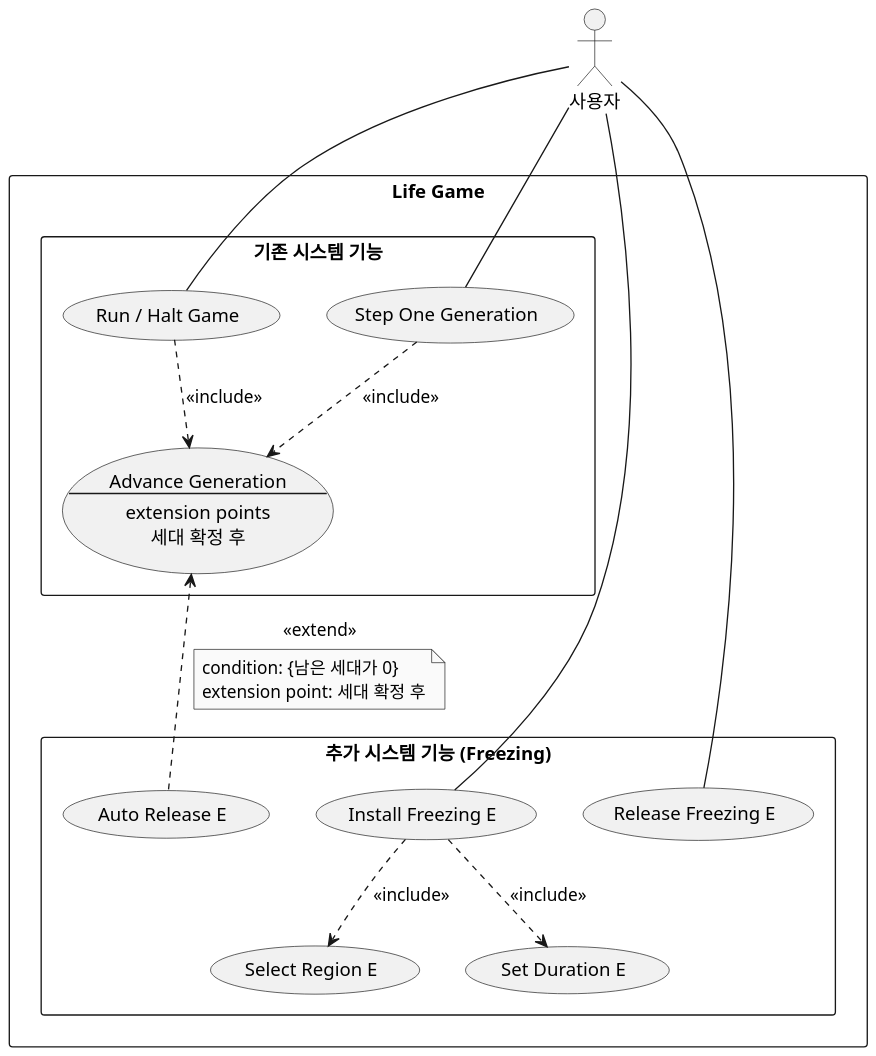
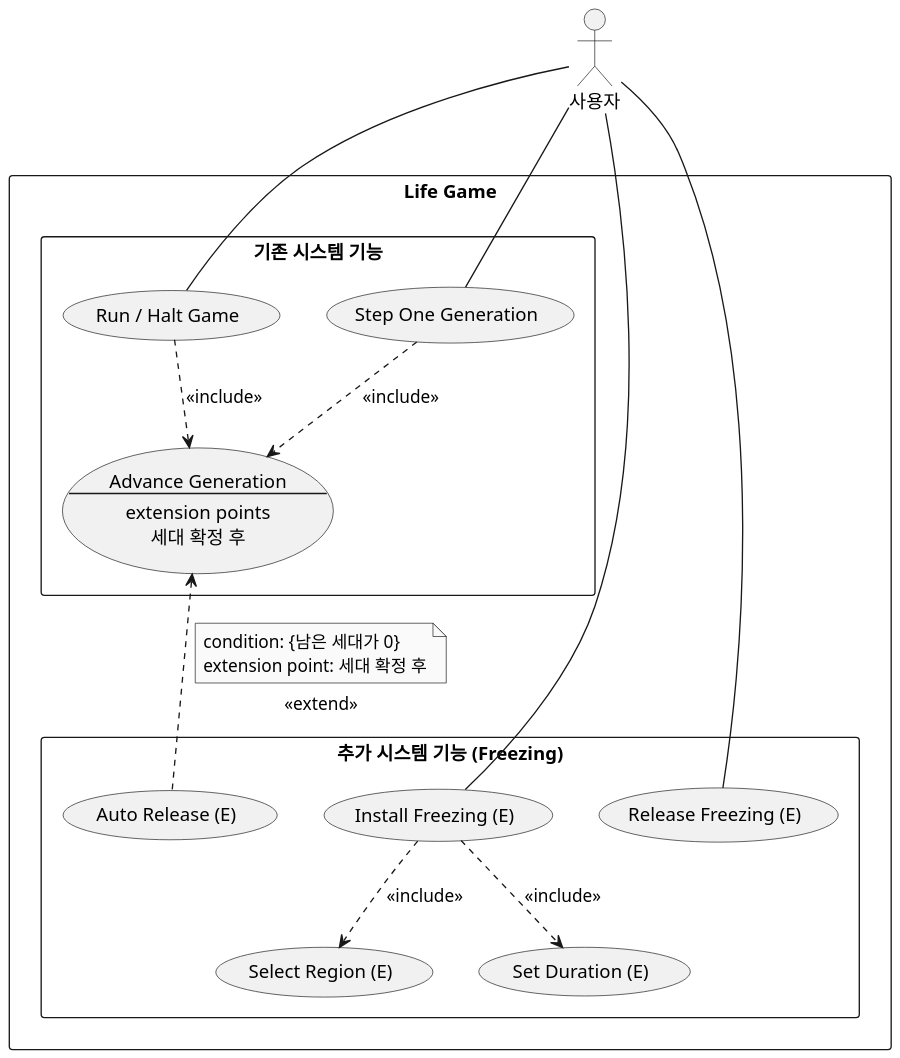
Before and after one commit to mckimR1972/DP_team_project: the diagram in docs/freezing/diagram/usecase-freezing.puml, drawn with PlantUML.

Commit message:
usecase 수정

```diff
--- a/docs/freezing/diagram/usecase-freezing.puml
+++ b/docs/freezing/diagram/usecase-freezing.puml
@@ -1,44 +1,44 @@
 @startuml usecase-freezing
 skinparam monochrome true
 skinparam dpi 150
 skinparam shadowing false
 skinparam defaultFontName "Malgun Gothic"
 skinparam usecaseBackgroundColor #F1F1F1
 top to bottom direction
 
 actor "사용자" as User
 
 rectangle "Life Game" {
   rectangle "기존 시스템 기능" as Original {
     usecase "Run / Halt Game" as Run
     usecase "Step One Generation" as Step
     usecase Advance as "Advance Generation
 --
 extension points
 세대 확정 후"
   }
 
   rectangle "추가 시스템 기능 (Freezing)" as Extended {
-    usecase "Install Freezing E" as Install
-    usecase "Select Region E" as Region
-    usecase "Set Duration E" as Duration
-    usecase "Release Freezing E" as Release
-    usecase "Auto Release E" as Auto
+    usecase "Install Freezing (E)" as Install
+    usecase "Select Region (E)" as Region
+    usecase "Set Duration (E)" as Duration
+    usecase "Release Freezing (E)" as Release
+    usecase "Auto Release (E)" as Auto
   }
 }
 
 User -- Install
 User -- Release
 User -- Run
 User -- Step
 
 Install ..> Region : <<include>>
 Install ..> Duration : <<include>>
 Run ..> Advance : <<include>>
 Step ..> Advance : <<include>>
 Advance <.. Auto : <<extend>>
-note on link
+note top on link
   condition: {남은 세대가 0}
   extension point: 세대 확정 후
 end note
 @enduml
```
